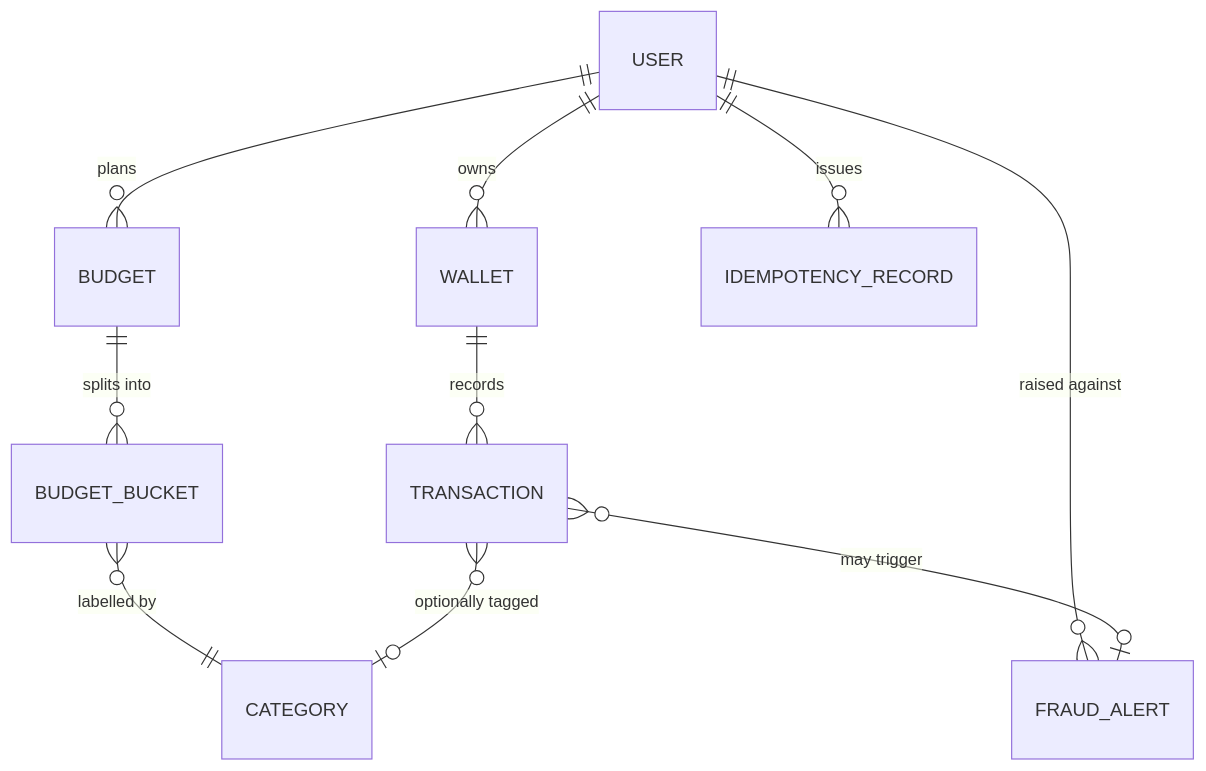
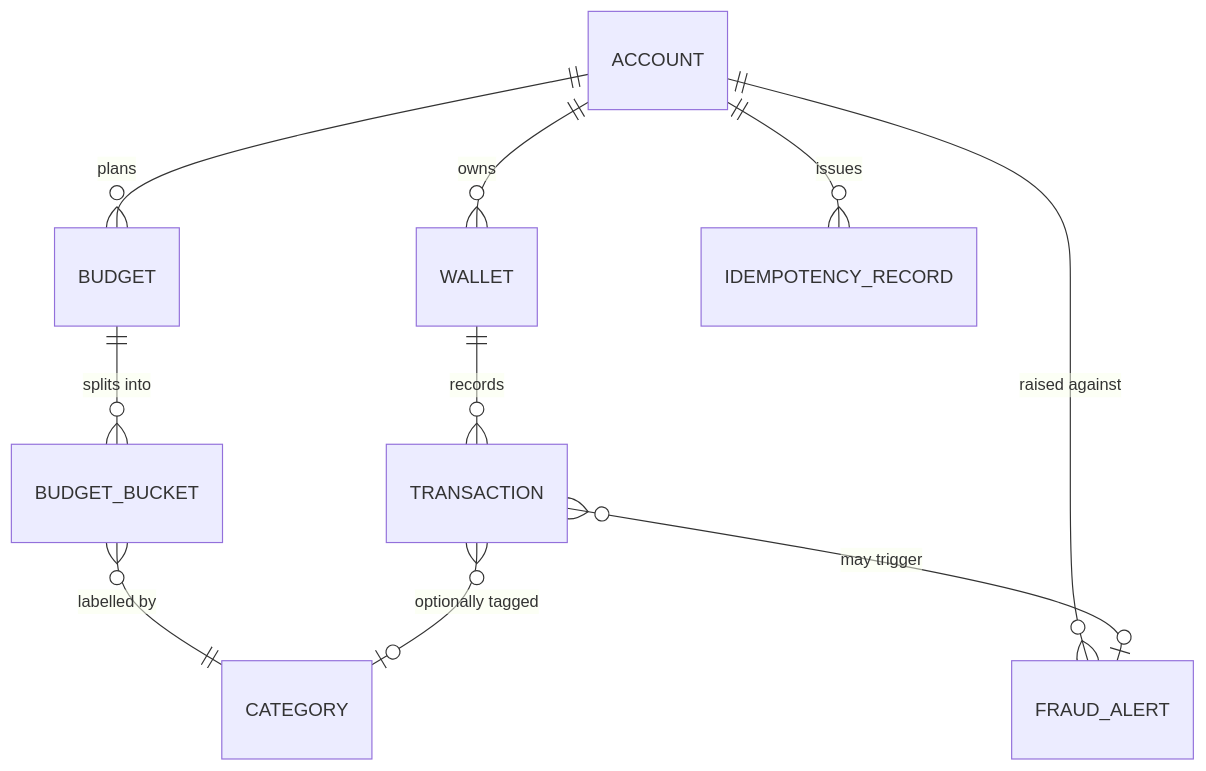
Before and after one commit to tienkhoa03/DigitalWallet: the diagram in docs/database/README.md, drawn with Mermaid. The commit also changed other lines of this file and 47 other files, not shown here.

Commit message:
refactor: update terminology from 'user' to 'account' in project documentation

````diff
--- a/docs/database/README.md
+++ b/docs/database/README.md
@@ -9,12 +9,12 @@
 ```mermaid
 erDiagram
-    USER ||--o{ WALLET : "owns"
-    USER ||--o{ BUDGET : "plans"
-    USER ||--o{ FRAUD_ALERT : "raised against"
-    USER ||--o{ IDEMPOTENCY_RECORD : "issues"
+    ACCOUNT ||--o{ WALLET : "owns"
+    ACCOUNT ||--o{ BUDGET : "plans"
+    ACCOUNT ||--o{ FRAUD_ALERT : "raised against"
+    ACCOUNT ||--o{ IDEMPOTENCY_RECORD : "issues"
     WALLET ||--o{ TRANSACTION : "records"
     BUDGET ||--o{ BUDGET_BUCKET : "splits into"
     BUDGET_BUCKET }o--|| CATEGORY : "labelled by"
     TRANSACTION }o--o| CATEGORY : "optionally tagged"
     TRANSACTION }o--o| FRAUD_ALERT : "may trigger"
 ```
````
